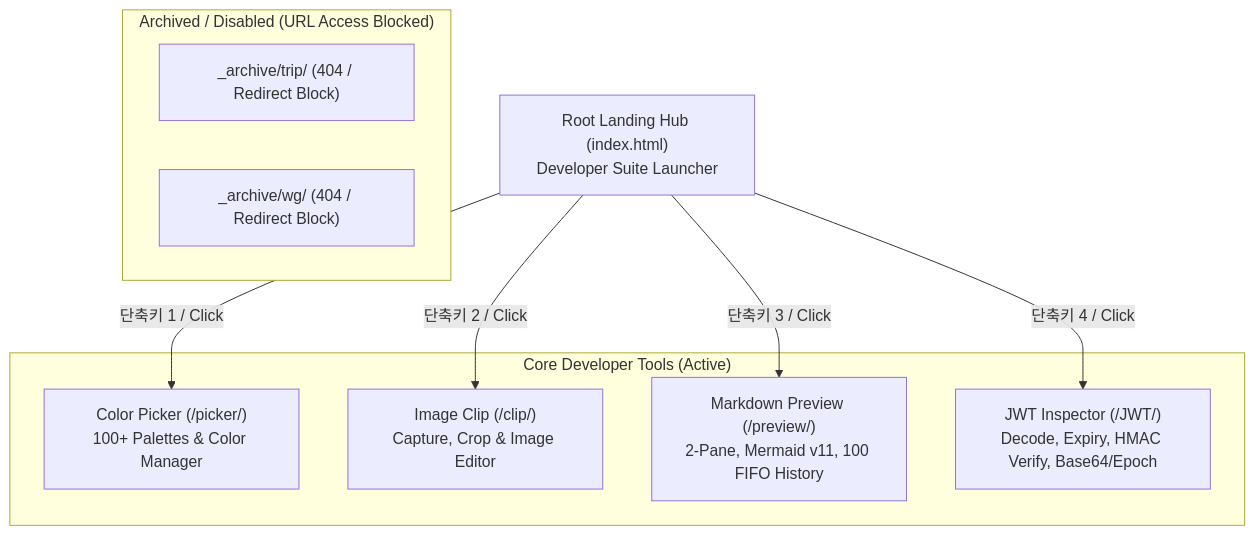
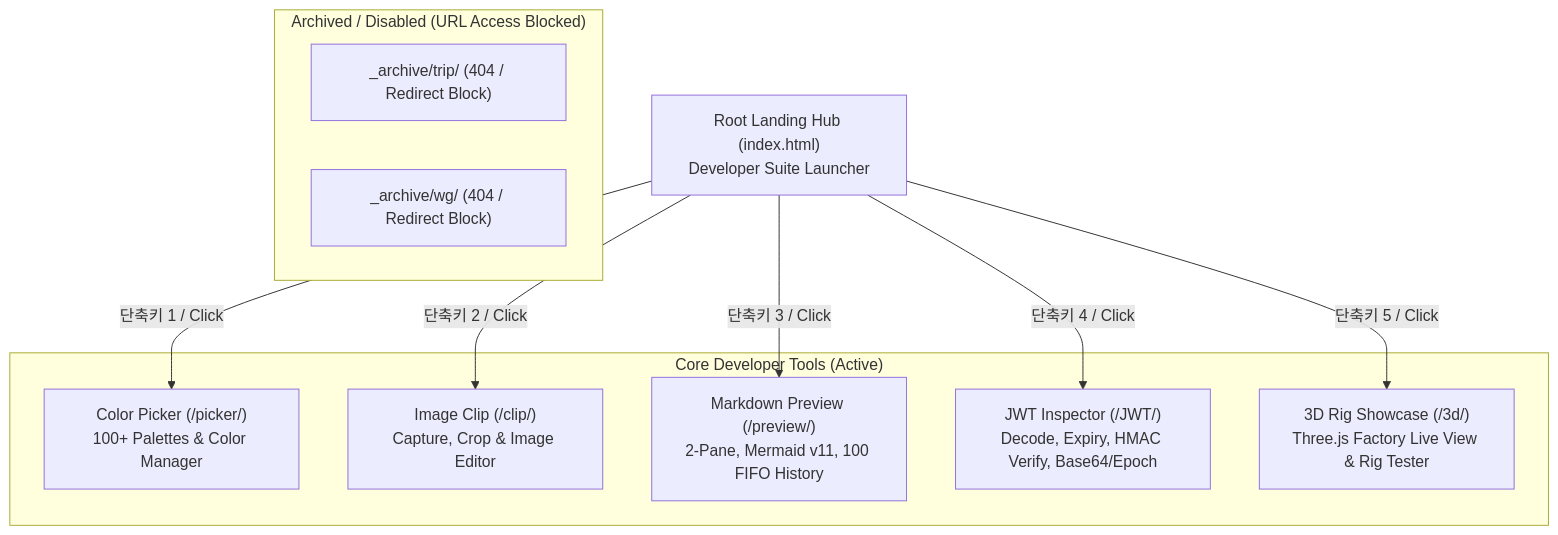
Before and after one commit to jacobayc/color-picker: the diagram in .agents/LIVING_SPEC.md, drawn with Mermaid. The commit also changed other lines of this file and 3 other files, not shown here.

````diff
--- a/.agents/LIVING_SPEC.md
+++ b/.agents/LIVING_SPEC.md
@@ -3,21 +3,23 @@
 ```mermaid
 flowchart TD
     ROOT["Root Landing Hub (index.html)<br/>Developer Suite Launcher"]
 
     subgraph Tools ["Core Developer Tools (Active)"]
         PICKER["Color Picker (/picker/)<br/>100+ Palettes & Color Manager"]
         CLIP["Image Clip (/clip/)<br/>Capture, Crop & Image Editor"]
         PREVIEW["Markdown Preview (/preview/)<br/>2-Pane, Mermaid v11, 100 FIFO History"]
         JWT["JWT Inspector (/JWT/)<br/>Decode, Expiry, HMAC Verify, Base64/Epoch"]
+        SHOWCASE3D["3D Rig Showcase (/3d/)<br/>Three.js Factory Live View & Rig Tester"]
     end
 
     subgraph Archived ["Archived / Disabled (URL Access Blocked)"]
         TRIP["_archive/trip/ (404 / Redirect Block)"]
         WG["_archive/wg/ (404 / Redirect Block)"]
     end
 
     ROOT -->|단축키 1 / Click| PICKER
     ROOT -->|단축키 2 / Click| CLIP
     ROOT -->|단축키 3 / Click| PREVIEW
     ROOT -->|단축키 4 / Click| JWT
+    ROOT -->|단축키 5 / Click| SHOWCASE3D
 ```
````
